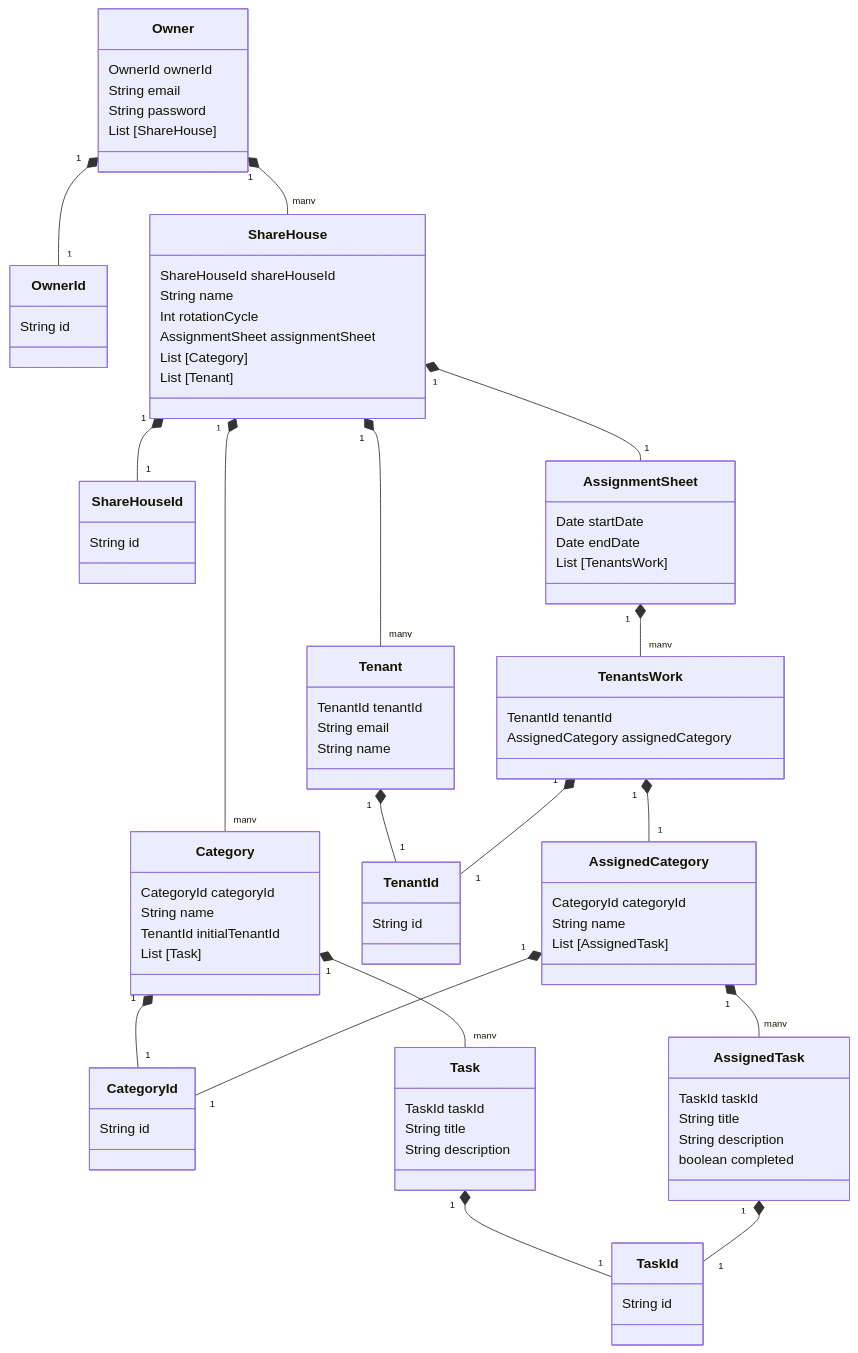
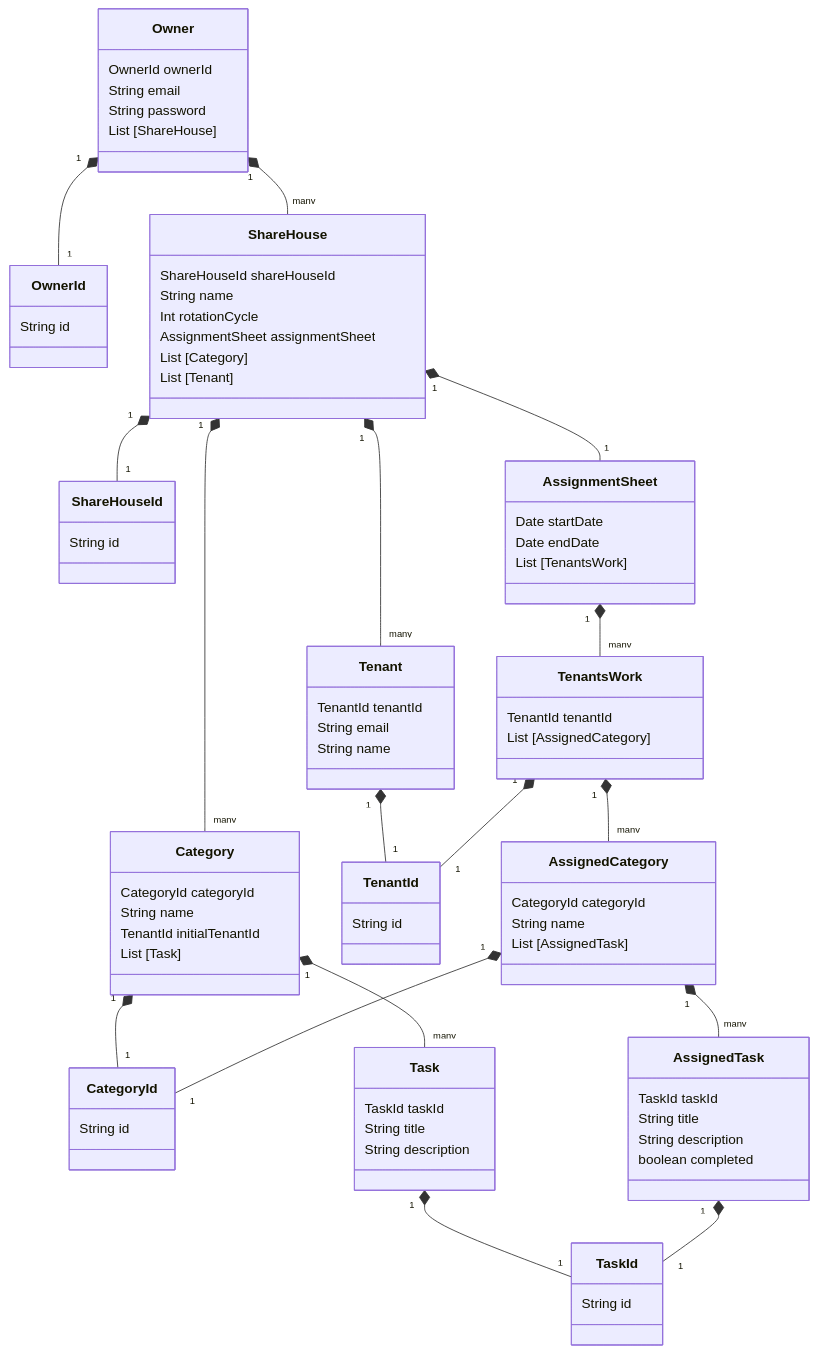
One commit to Tascurator/tascurator-documents changed the diagram in docs/docs/modeling.md. Above: the diagram before and after it, drawn with Mermaid. The commit also changed other lines of this file, not shown here.

First line of the commit message:
docs: add TenantsWork description & constraints (#30)

```diff
--- a/docs/docs/modeling.md
+++ b/docs/docs/modeling.md
@@ -65,7 +65,7 @@
 
     class TenantsWork {
         TenantId tenantId
-        AssignedCategory assignedCategory
+        List [AssignedCategory]
     }
 
     class AssignedCategory {
@@ -92,7 +92,7 @@
     Task "1" *-- "1" TaskId
     Tenant "1" *-- "1" TenantId
     AssignmentSheet "1" *-- "many" TenantsWork
-    TenantsWork "1" *-- "1" AssignedCategory
+    TenantsWork "1" *-- "many" AssignedCategory
     TenantsWork "1" *-- "1" TenantId
     AssignedCategory "1" *-- "1" CategoryId
     AssignedCategory "1" *-- "many" AssignedTask
```
